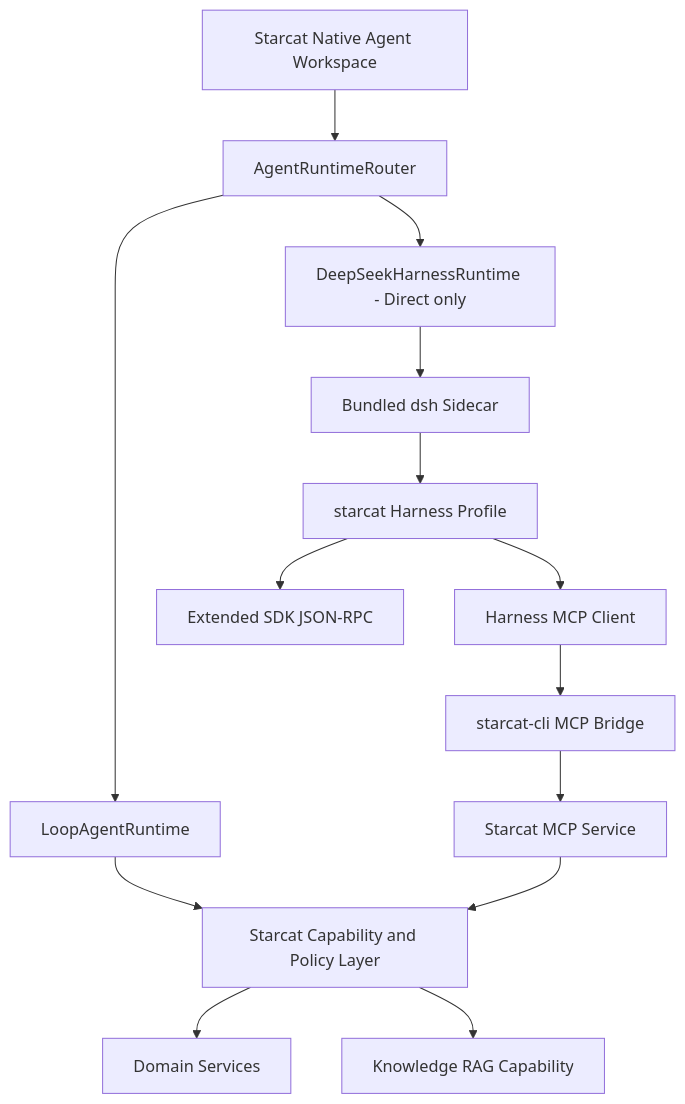
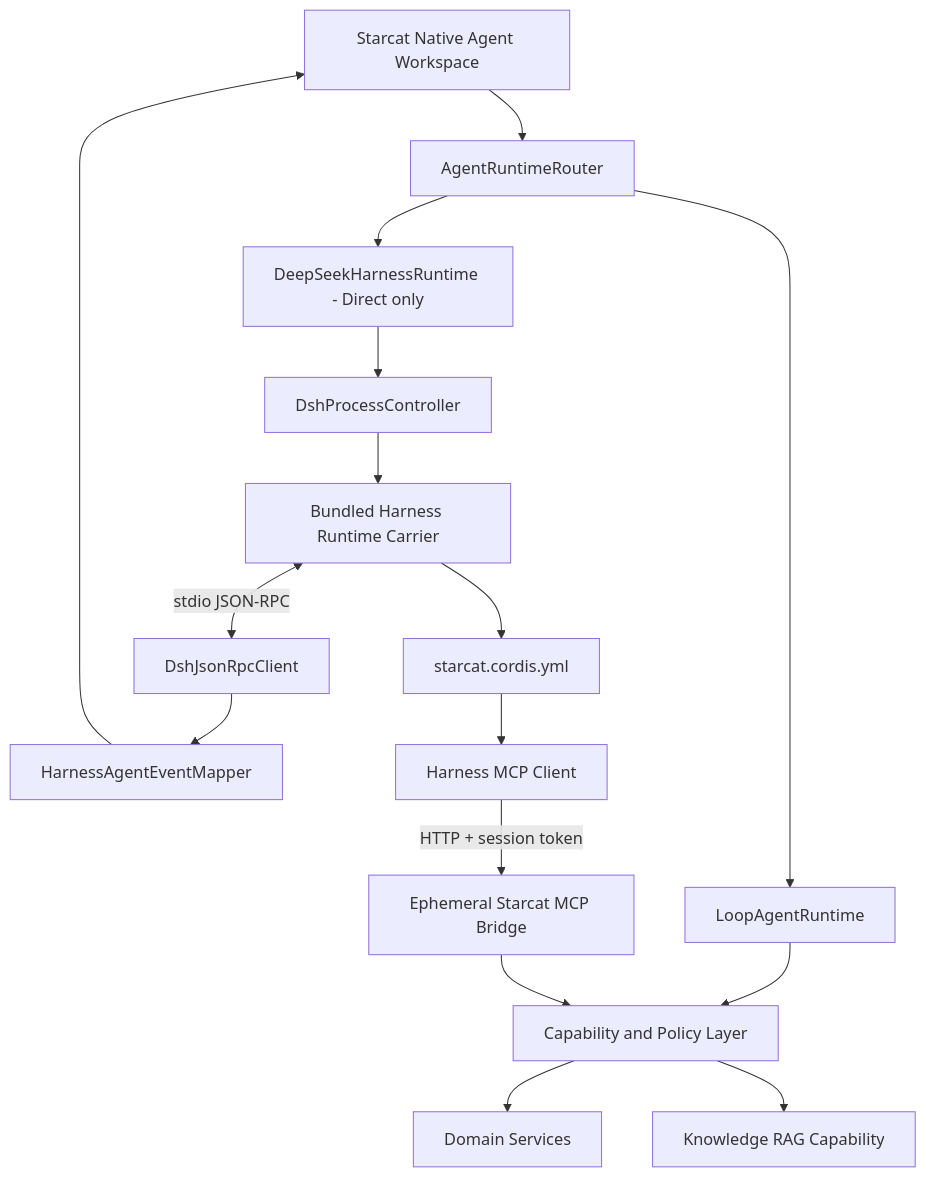
The diagram in docs/3-设计/详细设计/58-DeepSeekHarness集成评估与POC技术方案.md (starcat-app/Starcat), drawn with Mermaid before and after one commit. The commit also changed other lines of this file and 3 other files, not shown here.

Commit message:
docs(agent): 修订 DeepSeek Harness rc.8 集成方案

````diff
--- a/docs/3-设计/详细设计/58-DeepSeekHarness集成评估与POC技术方案.md
+++ b/docs/3-设计/详细设计/58-DeepSeekHarness集成评估与POC技术方案.md
@@ -123,19 +114,18 @@
 ```mermaid
 flowchart TD
     UI["Starcat Native Agent Workspace"] --> Router["AgentRuntimeRouter"]
     Router --> Loop["LoopAgentRuntime"]
     Router --> DSH["DeepSeekHarnessRuntime - Direct only"]
-
-    Loop --> Capability["Starcat Capability and Policy Layer"]
-
-    DSH --> Process["Bundled dsh Sidecar"]
-    Process --> Profile["starcat Harness Profile"]
-    Profile --> SDK["Extended SDK JSON-RPC"]
+    Loop --> Capability["Capability and Policy Layer"]
+    DSH --> Controller["DshProcessController"]
+    Controller --> Sidecar["Bundled Harness Runtime Carrier"]
+    Sidecar <-->|"stdio JSON-RPC"| RPC["DshJsonRpcClient"]
+    RPC --> Mapper["HarnessAgentEventMapper"]
+    Mapper --> UI
+    Sidecar --> Profile["starcat.cordis.yml"]
     Profile --> MCPClient["Harness MCP Client"]
-    MCPClient --> CLI["starcat-cli MCP Bridge"]
-    CLI --> MCP["Starcat MCP Service"]
-    MCP --> Capability
-
+    MCPClient -->|"HTTP + session token"| Bridge["Ephemeral Starcat MCP Bridge"]
+    Bridge --> Capability
     Capability --> Domain["Domain Services"]
     Capability --> RAG["Knowledge RAG Capability"]
 ```
````
